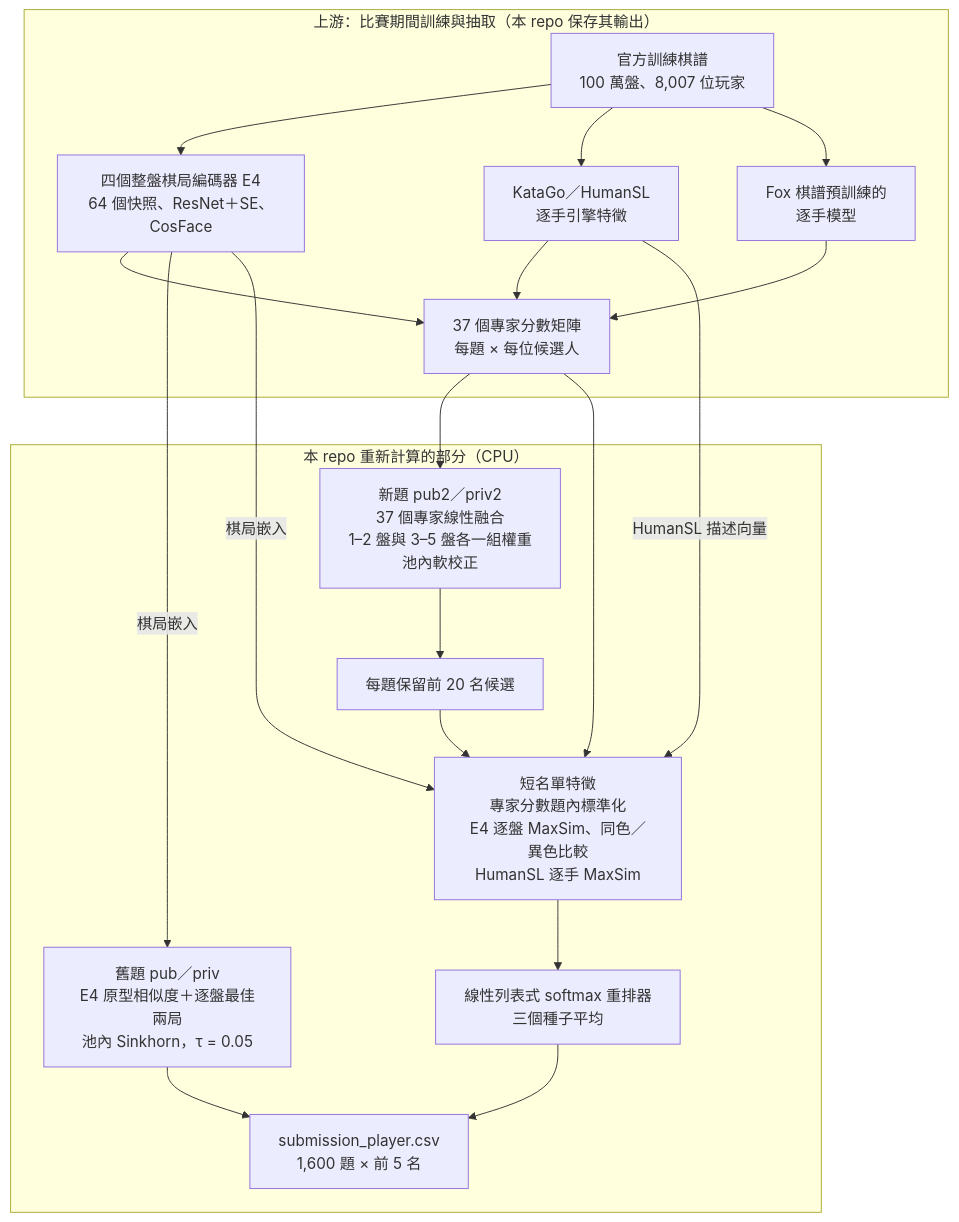
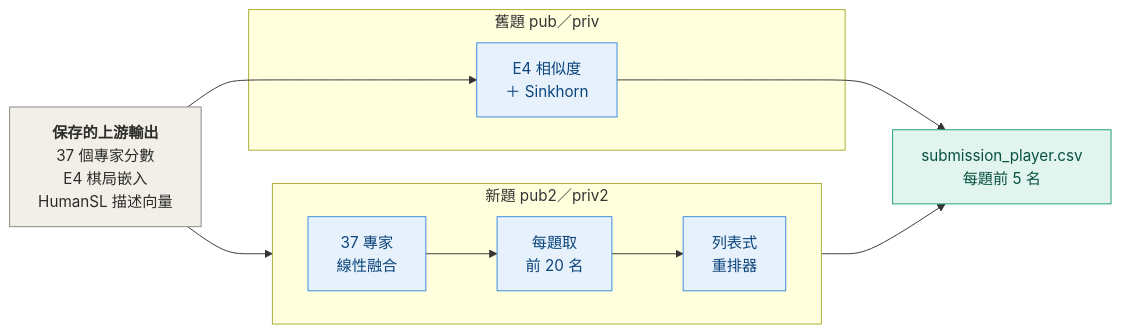
Before and after one commit to leezr2002/aicup2026-go-player-identification: the diagram in README.md, drawn with Mermaid. The commit also changed other lines of this file, not shown here.

Commit message:
Redraw the method overview as a left-to-right pipeline

````diff
--- a/README.md
+++ b/README.md
@@ -42,31 +42,21 @@
 ```mermaid
-flowchart TB
-  subgraph UP["上游：比賽期間訓練與抽取（本 repo 保存其輸出）"]
-    SGF["官方訓練棋譜<br/>100 萬盤、8,007 位玩家"]
-    E4["四個整盤棋局編碼器 E4<br/>64 個快照、ResNet＋SE、CosFace"]
-    ENG["KataGo／HumanSL<br/>逐手引擎特徵"]
-    FOX["Fox 棋譜預訓練的<br/>逐手模型"]
-    EXP["37 個專家分數矩陣<br/>每題 × 每位候選人"]
-    SGF --> E4
-    SGF --> ENG
-    SGF --> FOX
-    E4 --> EXP
-    ENG --> EXP
-    FOX --> EXP
+flowchart LR
+  IN["<b>保存的上游輸出</b><br/>37 個專家分數<br/>E4 棋局嵌入<br/>HumanSL 描述向量"]
+  subgraph NEW["新題 pub2／priv2"]
+    direction LR
+    B["37 專家<br/>線性融合"] --> C["每題取<br/>前 20 名"] --> D["列表式<br/>重排器"]
   end
-  subgraph REPO["本 repo 重新計算的部分（CPU）"]
-    OLD["舊題 pub／priv<br/>E4 原型相似度＋逐盤最佳兩局<br/>池內 Sinkhorn，τ = 0.05"]
-    BLEND["新題 pub2／priv2<br/>37 個專家線性融合<br/>1–2 盤與 3–5 盤各一組權重<br/>池內軟校正"]
-    SHORT["每題保留前 20 名候選"]
-    FEAT["短名單特徵<br/>專家分數題內標準化<br/>E4 逐盤 MaxSim、同色／異色比較<br/>HumanSL 逐手 MaxSim"]
-    RR["線性列表式 softmax 重排器<br/>三個種子平均"]
-    CSV["submission_player.csv<br/>1,600 題 × 前 5 名"]
-    BLEND --> SHORT --> FEAT --> RR --> CSV
-    OLD --> CSV
+  subgraph OLD["舊題 pub／priv"]
+    E["E4 相似度<br/>＋ Sinkhorn"]
   end
-  E4 -- "棋局嵌入" --> OLD
-  E4 -- "棋局嵌入" --> FEAT
-  EXP --> BLEND
-  EXP --> FEAT
-  ENG -- "HumanSL 描述向量" --> FEAT
+  IN --> B
+  IN --> E
+  D --> OUT["submission_player.csv<br/>每題前 5 名"]
+  E --> OUT
+  classDef kept fill:#f1efe8,stroke:#888780,color:#2c2c2a
+  classDef calc fill:#e6f1fb,stroke:#378add,color:#0c447c
+  classDef out fill:#e1f5ee,stroke:#1d9e75,color:#085041
+  class IN kept
+  class B,C,D,E calc
+  class OUT out
 ```
````
